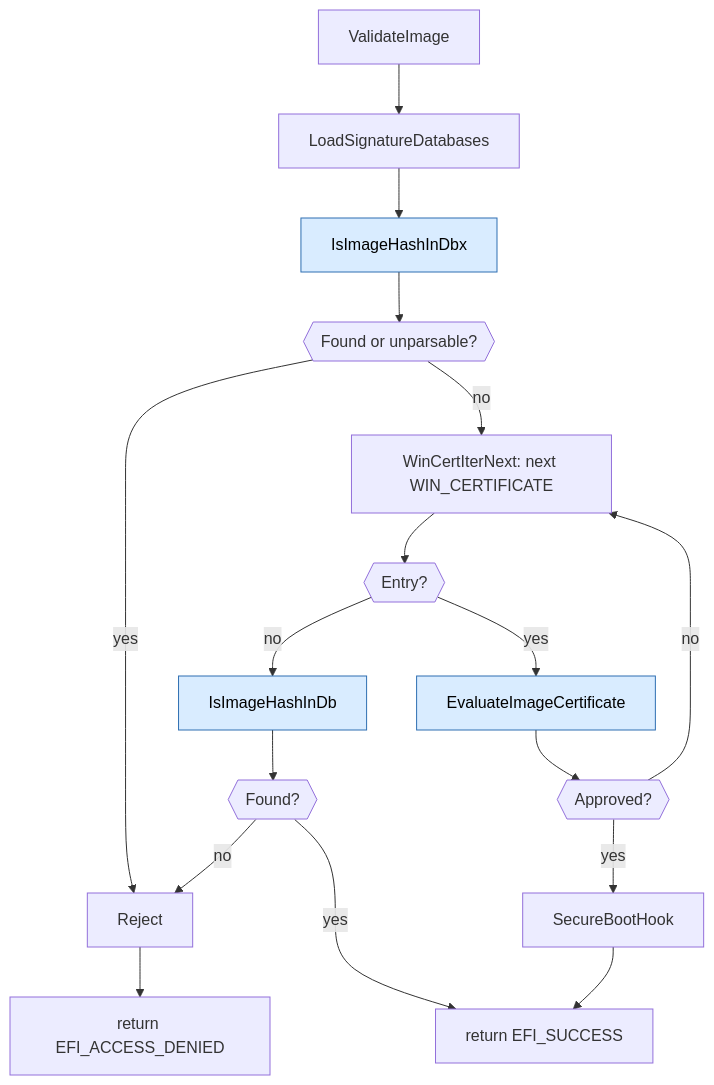
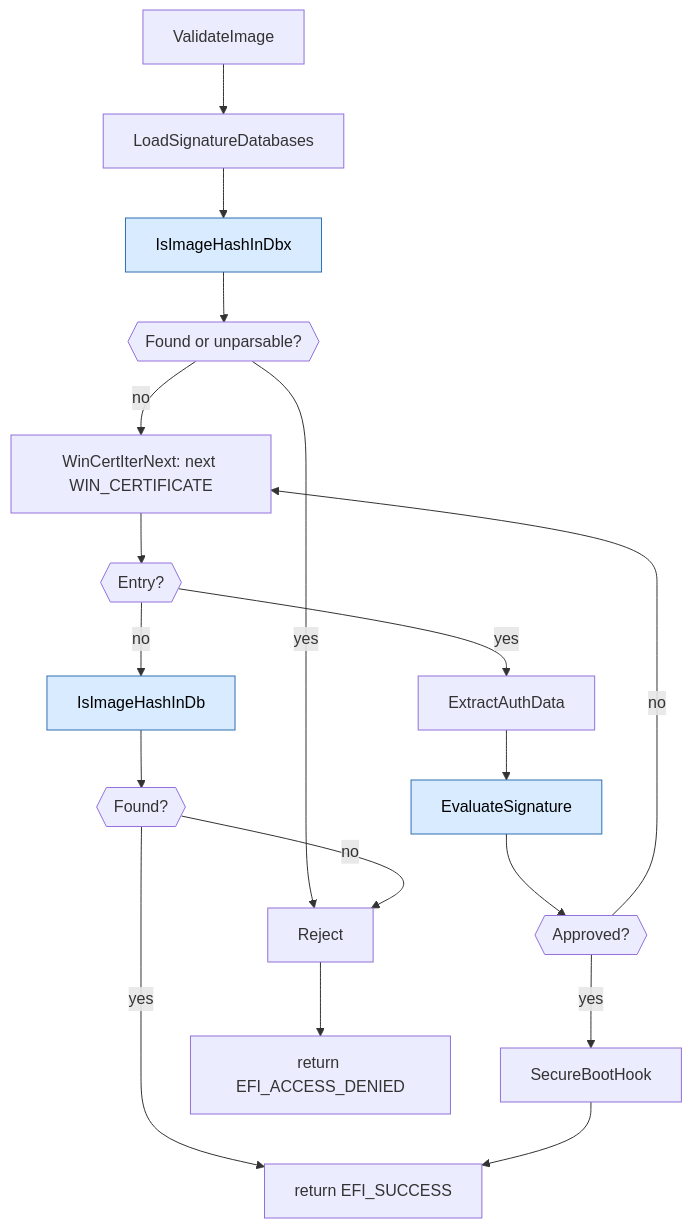
One commit to microsoft/mu_basecore changed the second of 5 diagrams in SecurityPkg/Library/DxeImageVerificationLib2/README.md. Above: the diagram before and after it, drawn with Mermaid. The commit also changed other lines of this file and 5 other files, not shown here.

First line of the commit message:
SecurityPkg: DxeImageVerificationLib: Extract Signature first

````diff
--- a/SecurityPkg/Library/DxeImageVerificationLib2/README.md
+++ b/SecurityPkg/Library/DxeImageVerificationLib2/README.md
@@ -114,22 +115,23 @@
 ```mermaid
 flowchart TD
     A[ValidateImage] --> B[LoadSignatureDatabases]
     B --> S1[IsImageHashInDbx]
     S1 --> S1Q{{Found or unparsable?}}
     S1Q -- yes --> R[Reject]
     S1Q -- no  --> D1[WinCertIterNext: next WIN_CERTIFICATE]
     D1 --> D2{{Entry?}}
-    D2 -- yes --> IA[EvaluateImageCertificate]
+    D2 -- yes --> EA[ExtractAuthData]
+    EA --> IA[EvaluateSignature]
     IA --> IA1{{Approved?}}
     IA1 -- yes --> G[SecureBootHook]
     IA1 -- no --> D1
     D2 -- no  --> H[IsImageHashInDb]
     H --> H1{{Found?}}
     H1 -- yes --> S
     H1 -- no  --> R
     G --> S[return EFI_SUCCESS]
     R --> X[return EFI_ACCESS_DENIED]
 
     classDef drill fill:#d9ecff,stroke:#2f6fb2,color:#000;
     class IA,S1,H drill;
 ```
````
